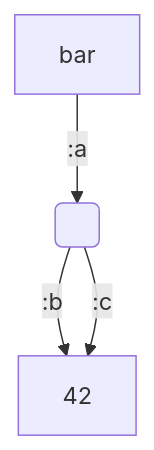
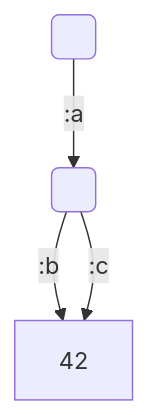
Before and after one commit to ekoontz/dag-unify: the third of 4 diagrams in README.md, drawn with Mermaid. The commit also changed other lines of this file, not shown here.

````diff
--- a/README.md
+++ b/README.md
@@ -137,6 +137,6 @@
 ```mermaid
 graph TD
-    bar --> |:a| B( )
+    X( ) --> |:a| B( )
     B -->|:b| D[42]
     B -->|:c| D
 ```
````
